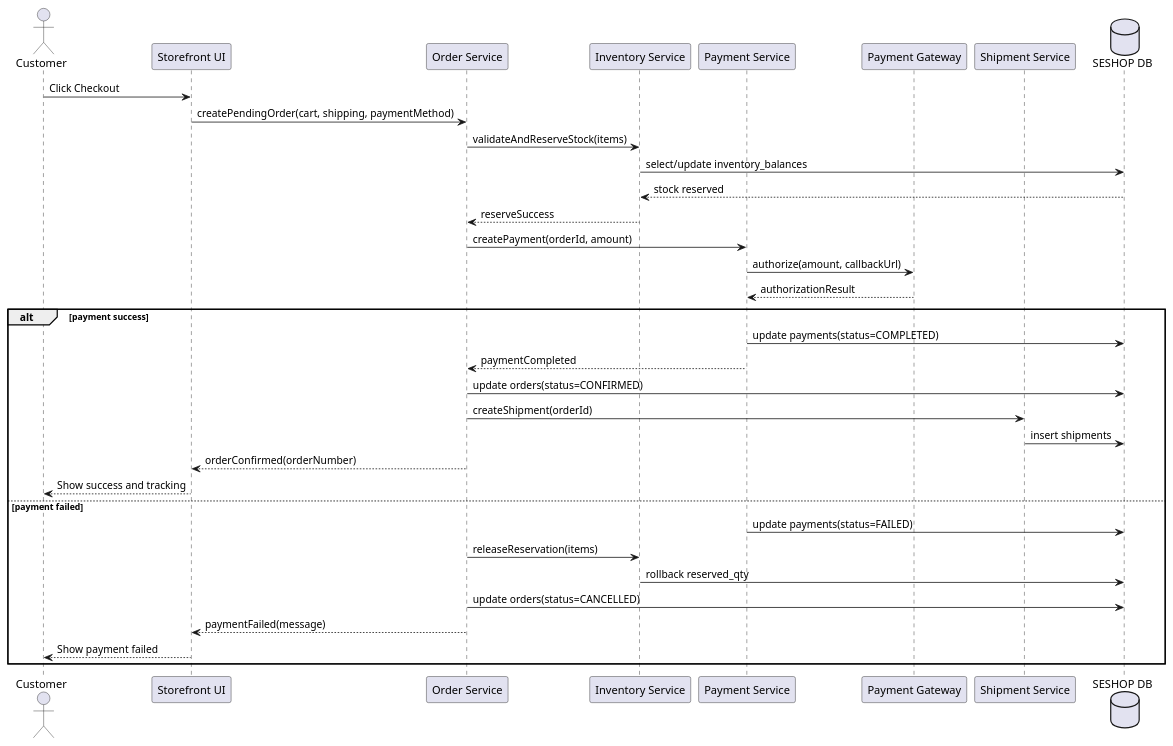
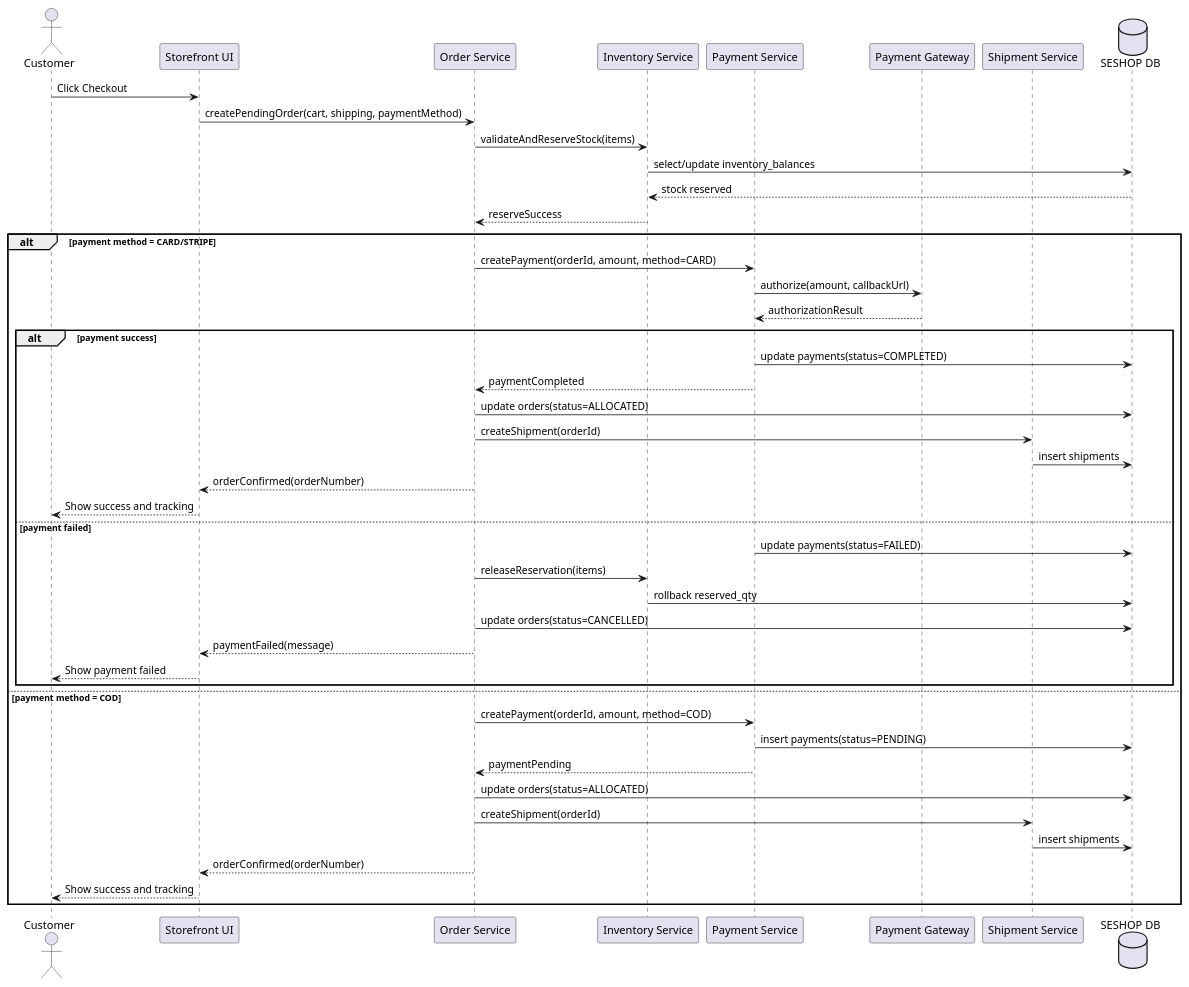
The diagram in docs/2. Diagrams/sequence/place-order-and-pay.puml (dieuxuanhien/SeShop), drawn with PlantUML before and after one commit. The commit also changed 23 other files, not shown here.

```diff
--- a/docs/2. Diagrams/sequence/place-order-and-pay.puml
+++ b/docs/2. Diagrams/sequence/place-order-and-pay.puml
@@ -1,38 +1,49 @@
 @startuml
 actor Customer
 participant "Storefront UI" as UI
 participant "Order Service" as OS
 participant "Inventory Service" as IS
 participant "Payment Service" as PS
 participant "Payment Gateway" as PG
 participant "Shipment Service" as SS
 database "SESHOP DB" as DB
 
 Customer -> UI: Click Checkout
 UI -> OS: createPendingOrder(cart, shipping, paymentMethod)
 OS -> IS: validateAndReserveStock(items)
 IS -> DB: select/update inventory_balances
 DB --> IS: stock reserved
 IS --> OS: reserveSuccess
 
-OS -> PS: createPayment(orderId, amount)
-PS -> PG: authorize(amount, callbackUrl)
-PG --> PS: authorizationResult
+alt payment method = CARD/STRIPE
+  OS -> PS: createPayment(orderId, amount, method=CARD)
+  PS -> PG: authorize(amount, callbackUrl)
+  PG --> PS: authorizationResult
 
-alt payment success
-  PS -> DB: update payments(status=COMPLETED)
-  PS --> OS: paymentCompleted
-  OS -> DB: update orders(status=CONFIRMED)
+  alt payment success
+    PS -> DB: update payments(status=COMPLETED)
+    PS --> OS: paymentCompleted
+    OS -> DB: update orders(status=ALLOCATED)
+    OS -> SS: createShipment(orderId)
+    SS -> DB: insert shipments
+    OS --> UI: orderConfirmed(orderNumber)
+    UI --> Customer: Show success and tracking
+  else payment failed
+    PS -> DB: update payments(status=FAILED)
+    OS -> IS: releaseReservation(items)
+    IS -> DB: rollback reserved_qty
+    OS -> DB: update orders(status=CANCELLED)
+    OS --> UI: paymentFailed(message)
+    UI --> Customer: Show payment failed
+  end
+else payment method = COD
+  OS -> PS: createPayment(orderId, amount, method=COD)
+  PS -> DB: insert payments(status=PENDING)
+  PS --> OS: paymentPending
+  OS -> DB: update orders(status=ALLOCATED)
   OS -> SS: createShipment(orderId)
   SS -> DB: insert shipments
   OS --> UI: orderConfirmed(orderNumber)
   UI --> Customer: Show success and tracking
-else payment failed
-  PS -> DB: update payments(status=FAILED)
-  OS -> IS: releaseReservation(items)
-  IS -> DB: rollback reserved_qty
-  OS -> DB: update orders(status=CANCELLED)
-  OS --> UI: paymentFailed(message)
-  UI --> Customer: Show payment failed
 end
 @enduml
```
